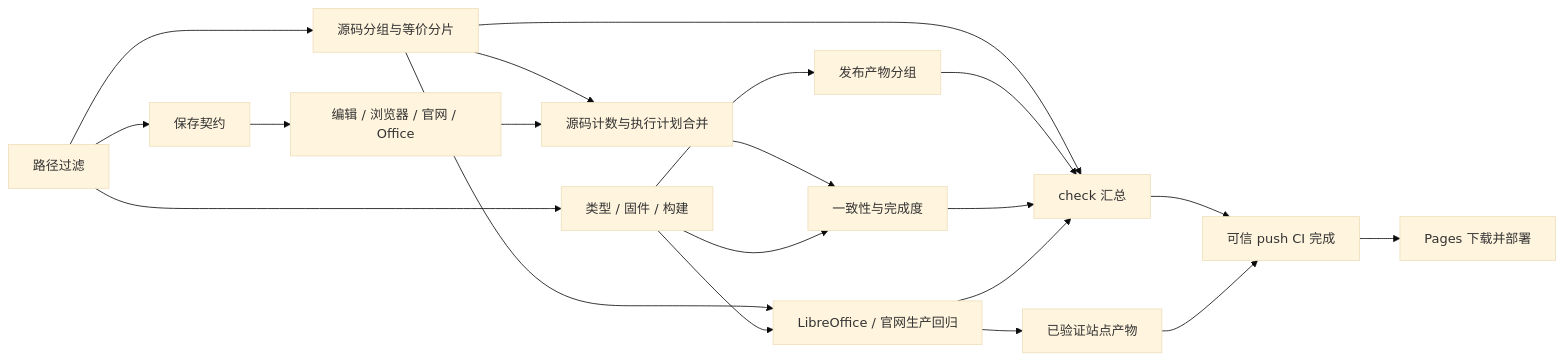
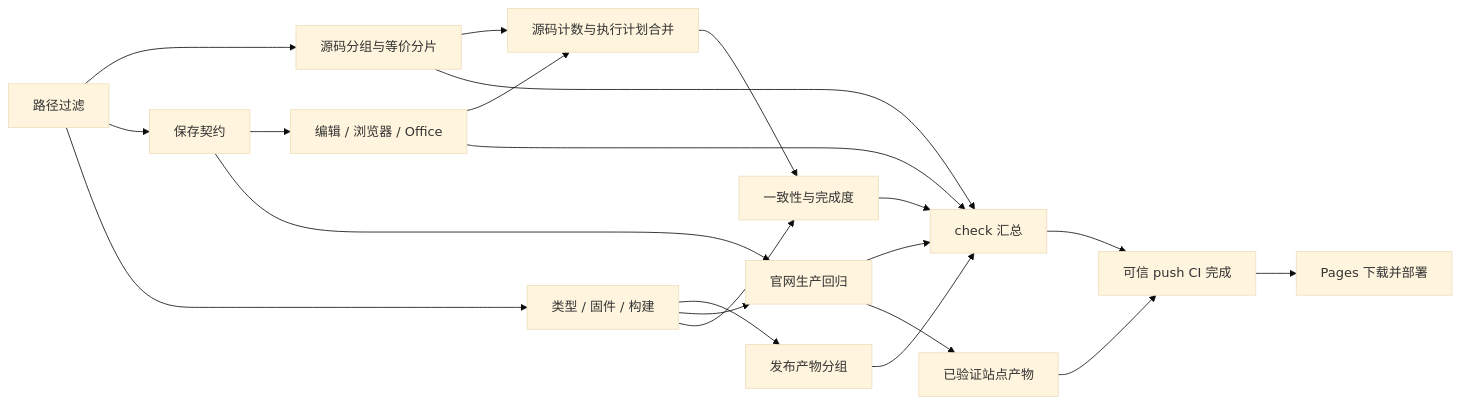
Before and after one commit to unStone/web-ppt: the diagram in docs/design/ci-performance.md, drawn with Mermaid (base theme). The commit also changed 9 other files, not shown here.

````diff
--- a/docs/design/ci-performance.md
+++ b/docs/design/ci-performance.md
@@ -16,22 +16,23 @@
 ```mermaid
 flowchart LR
   P[路径过滤] --> S[源码分组与等价分片]
   P --> F[保存契约]
-  F --> E[编辑 / 浏览器 / 官网 / Office]
+  F --> E[编辑 / 浏览器 / Office]
+  F --> T[官网生产回归]
   P --> B[类型 / 固件 / 构建]
   B --> D[发布产物分组]
+  B --> T
   S --> M[源码计数与执行计划合并]
   E --> M
   M --> V[一致性与完成度]
   B --> V
-  S --> O[LibreOffice / 官网生产回归]
-  B --> O
   S --> C[check 汇总]
+  E --> C
+  T --> C
   D --> C
   V --> C
-  O --> C
-  O --> A[已验证站点产物]
+  T --> A[已验证站点产物]
   C --> W[可信 push CI 完成]
   A --> W
   W --> G[Pages 下载并部署]
 ```
````
